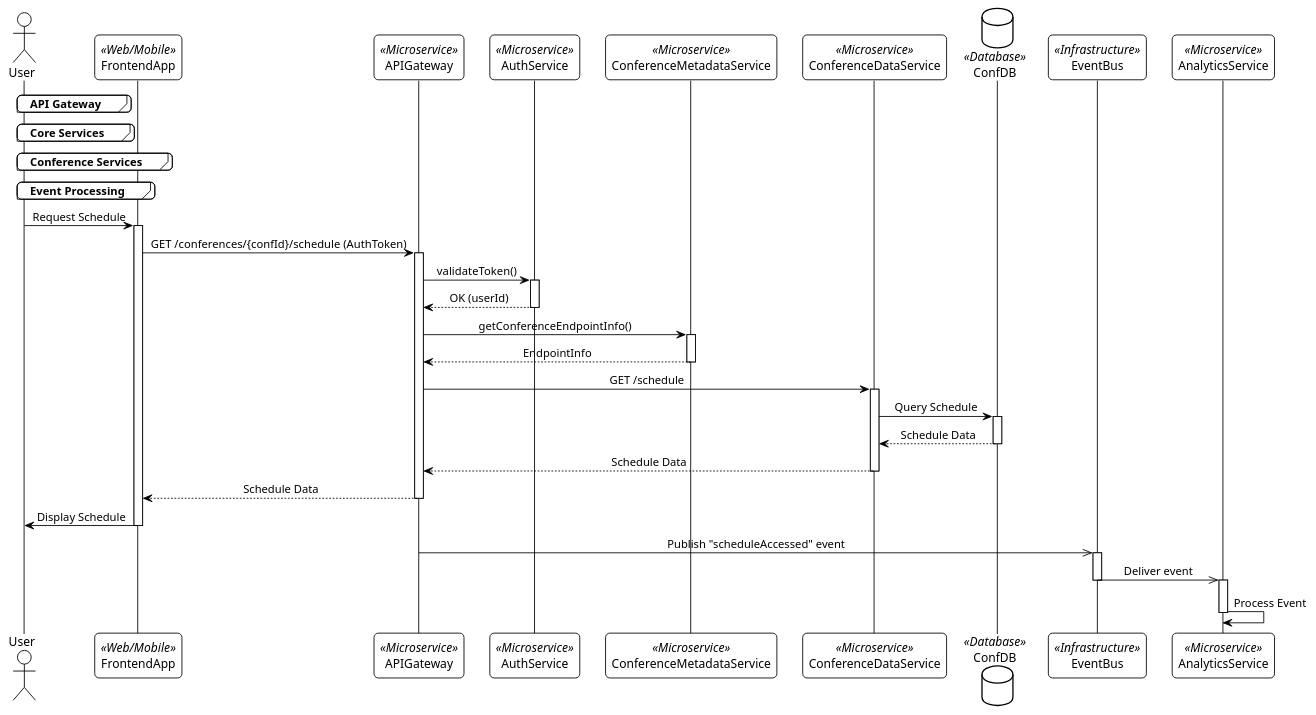
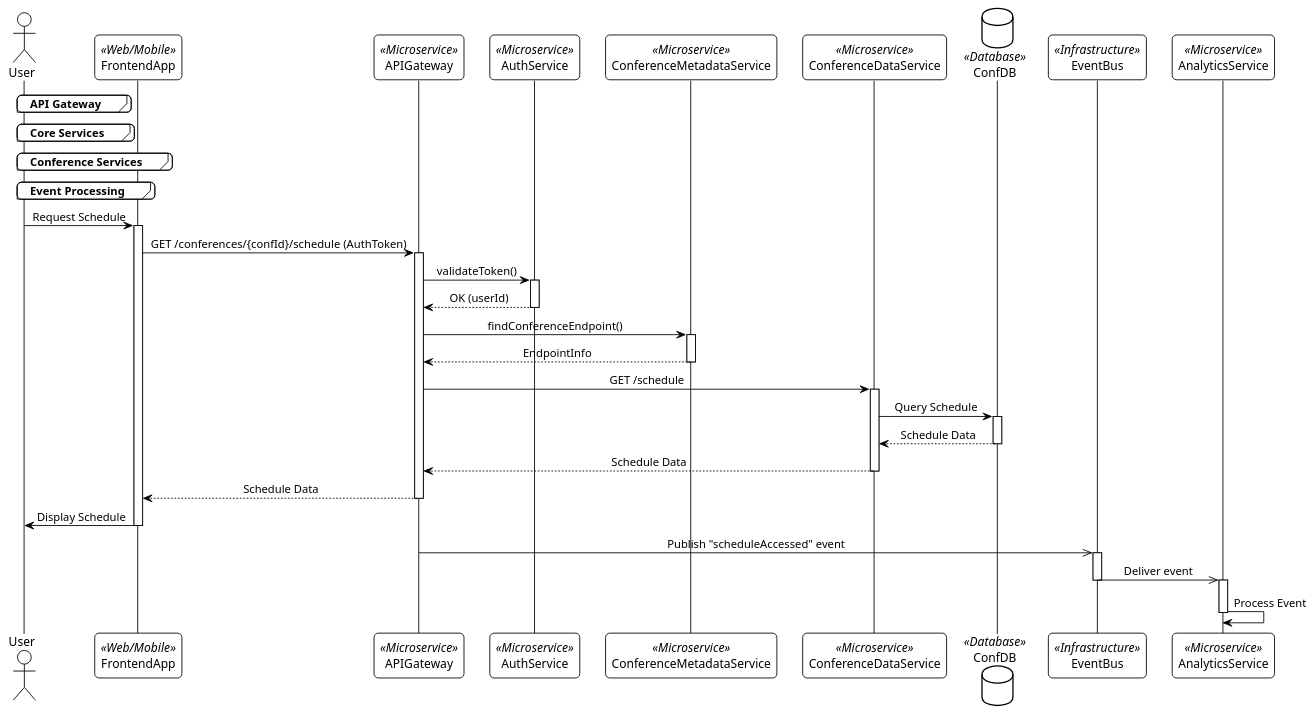
The diagram in logical/logical_sequence_diagram.puml (Guillermode20/softarch2-uni-work), drawn with PlantUML before and after one commit. The commit also changed 3 other files, not shown here.

First line of the commit message:
Update architecture documentation and diagrams for consistency

```diff
--- a/logical/logical_sequence_diagram.puml
+++ b/logical/logical_sequence_diagram.puml
@@ -1,77 +1,77 @@
 @startuml
 !theme plain
 skinparam ClassAttributeIconSize 0
 skinparam roundcorner 10
 skinparam sequenceMessageAlign center
 
 ' ===== Participants =====
 actor User
 participant FrontendApp <<Web/Mobile>>
 
 group API Gateway
     participant APIGateway <<Microservice>>
 end
 
 group Core Services
     participant AuthService <<Microservice>>
     participant ConferenceMetadataService <<Microservice>>
 end
 
 group Conference Services
     participant ConferenceDataService <<Microservice>>
     database ConfDB <<Database>>
 end
 
 group Event Processing
     participant EventBus <<Infrastructure>>
     participant AnalyticsService <<Microservice>>
 end
 
 ' ===== Sequence Flow =====
 ' Initial Request
 User -> FrontendApp: Request Schedule
 activate FrontendApp
 
 ' Authentication Flow
 FrontendApp -> APIGateway: GET /conferences/{confId}/schedule (AuthToken)
 activate APIGateway
 
 APIGateway -> AuthService: validateToken()
 activate AuthService
 AuthService --> APIGateway: OK (userId)
 deactivate AuthService
 
 ' Conference Metadata Flow
-APIGateway -> ConferenceMetadataService: getConferenceEndpointInfo()
+APIGateway -> ConferenceMetadataService: findConferenceEndpoint()
 activate ConferenceMetadataService
 ConferenceMetadataService --> APIGateway: EndpointInfo
 deactivate ConferenceMetadataService
 
 ' Schedule Retrieval Flow
 APIGateway -> ConferenceDataService: GET /schedule
 activate ConferenceDataService
 
 ConferenceDataService -> ConfDB: Query Schedule
 activate ConfDB
 ConfDB --> ConferenceDataService: Schedule Data
 deactivate ConfDB
 
 ConferenceDataService --> APIGateway: Schedule Data
 deactivate ConferenceDataService
 
 ' Response Flow
 APIGateway --> FrontendApp: Schedule Data
 deactivate APIGateway
 
 FrontendApp -> User: Display Schedule
 deactivate FrontendApp
 
 ' Analytics Flow
 APIGateway ->> EventBus: Publish "scheduleAccessed" event
 activate EventBus
 EventBus ->> AnalyticsService: Deliver event
 deactivate EventBus
 activate AnalyticsService
 AnalyticsService -> AnalyticsService: Process Event
 deactivate AnalyticsService
 @enduml
```
